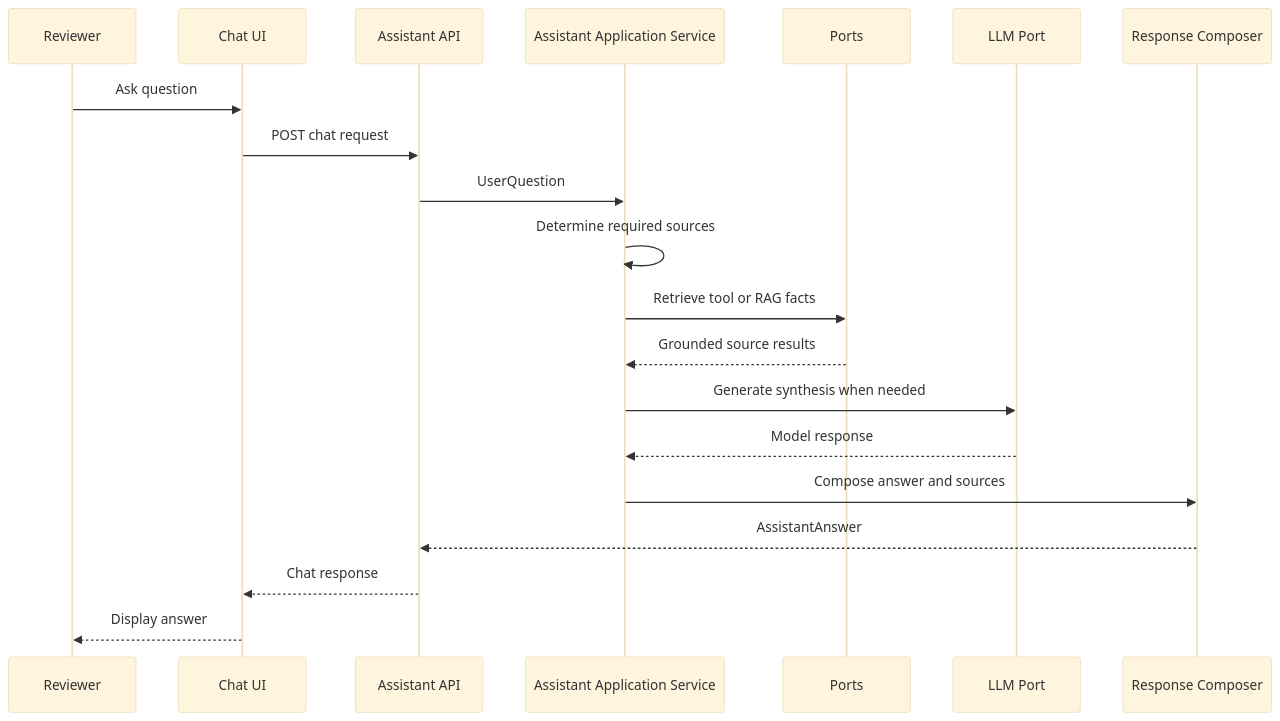
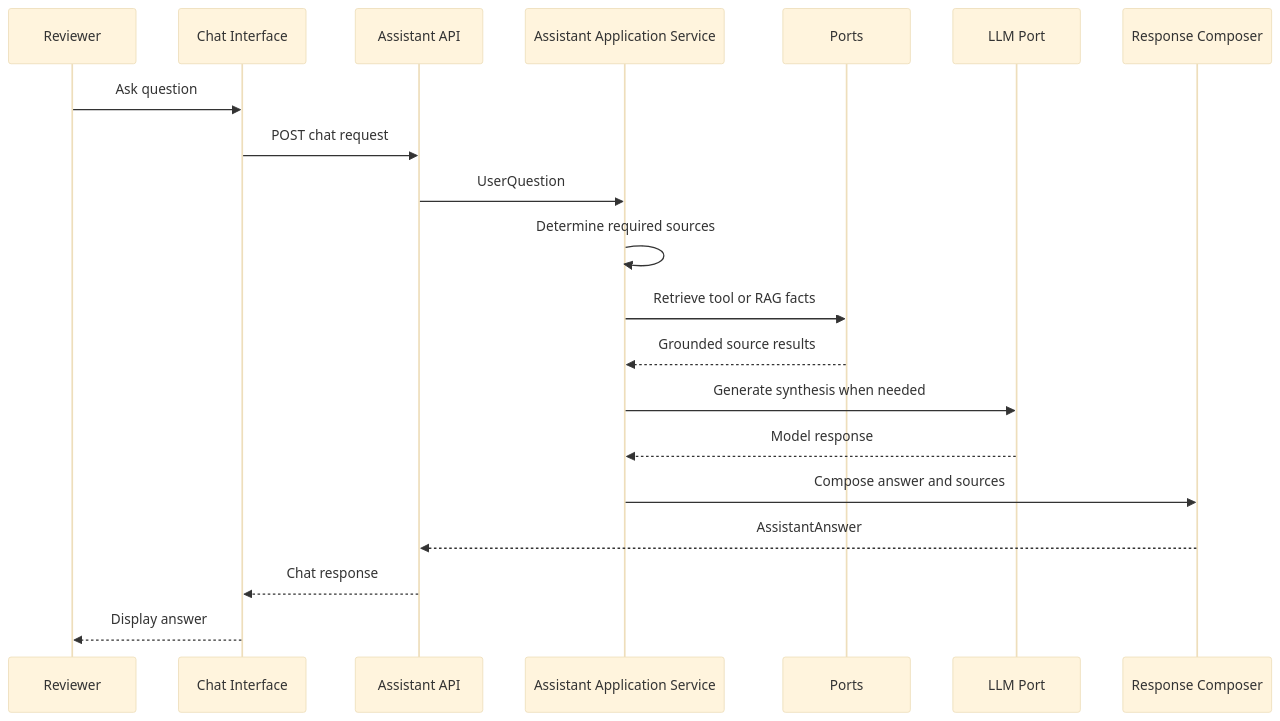
One commit to lyingparachute/ai-assistant changed the fourth of 6 diagrams in docs/spec/05-architecture.md. Above: the diagram before and after it, drawn with Mermaid (base theme). The commit also changed other lines of this file and 171 other files, not shown here.

````diff
--- a/docs/spec/05-architecture.md
+++ b/docs/spec/05-architecture.md
@@ -374,23 +379,23 @@
 ```mermaid
 sequenceDiagram
     participant Reviewer
-    participant UI as Chat UI
+    participant UI as Chat Interface
     participant API as Assistant API
     participant App as Assistant Application Service
     participant Sources as Ports
     participant LLM as LLM Port
     participant Composer as Response Composer
 
     Reviewer->>UI: Ask question
     UI->>API: POST chat request
     API->>App: UserQuestion
     App->>App: Determine required sources
     App->>Sources: Retrieve tool or RAG facts
     Sources-->>App: Grounded source results
     App->>LLM: Generate synthesis when needed
     LLM-->>App: Model response
     App->>Composer: Compose answer and sources
     Composer-->>API: AssistantAnswer
     API-->>UI: Chat response
     UI-->>Reviewer: Display answer
 ```
````
